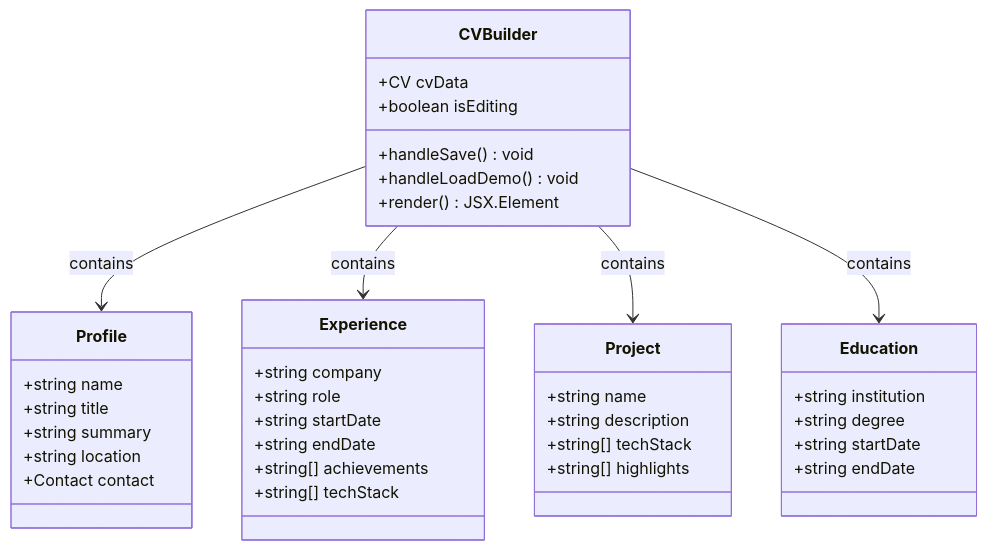
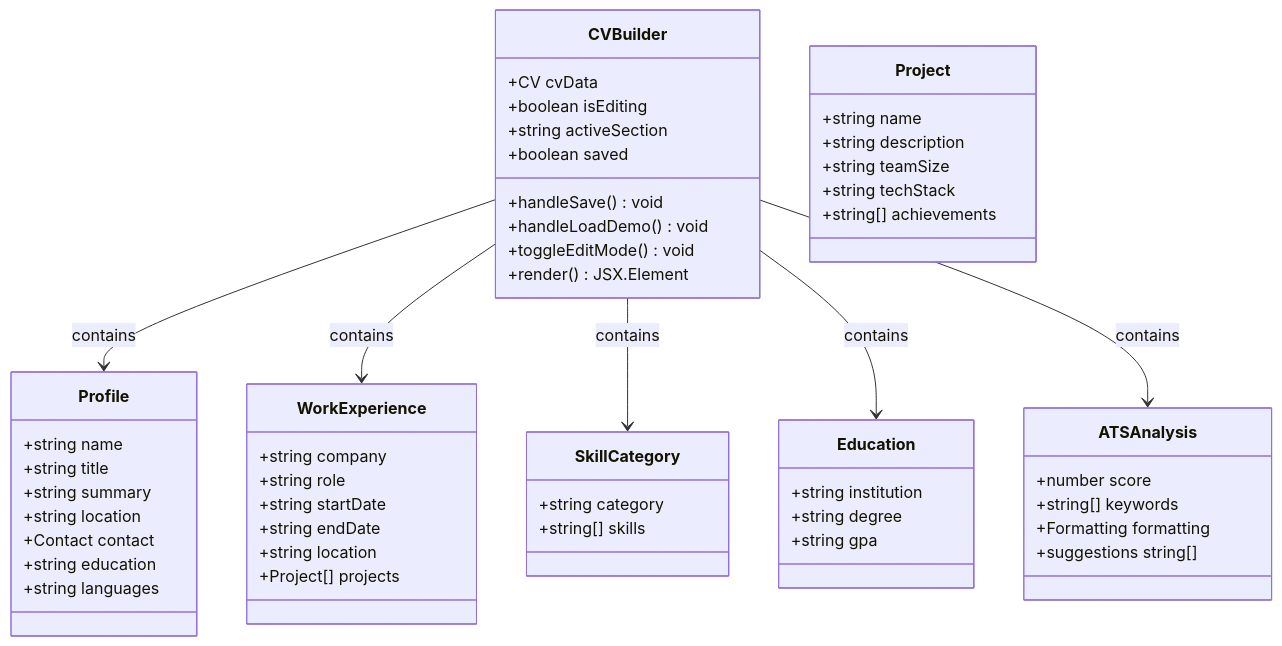
One commit to DoVuDung/cv-portfolio-builder changed the second of 10 diagrams in .qoder/repowiki/en/content/User Interface Components/Standalone CV Builder.md. Above: the diagram before and after it, drawn with Mermaid. The commit also changed other lines of this file and 4 other files, not shown here.

````diff
--- a/.qoder/repowiki/en/content/User Interface Components/Standalone CV Builder.md
+++ b/.qoder/repowiki/en/content/User Interface Components/Standalone CV Builder.md
@@ -98,41 +127,57 @@
 ```mermaid
 classDiagram
 class CVBuilder {
 +CV cvData
 +boolean isEditing
++string activeSection
++boolean saved
 +handleSave() void
 +handleLoadDemo() void
++toggleEditMode() void
 +render() JSX.Element
 }
 class Profile {
 +string name
 +string title
 +string summary
 +string location
 +Contact contact
++string education
++string languages
 }
-class Experience {
+class WorkExperience {
 +string company
 +string role
 +string startDate
 +string endDate
-+string[] achievements
-+string[] techStack
++string location
++Project[] projects
 }
 class Project {
 +string name
 +string description
-+string[] techStack
-+string[] highlights
++string teamSize
++string techStack
++string[] achievements
+}
+class SkillCategory {
++string category
++string[] skills
 }
 class Education {
 +string institution
 +string degree
-+string startDate
-+string endDate
++string gpa
+}
+class ATSAnalysis {
++number score
++string[] keywords
++Formatting formatting
++suggestions string[]
 }
 CVBuilder --> Profile : contains
-CVBuilder --> Experience : contains
-CVBuilder --> Project : contains
+CVBuilder --> WorkExperience : contains
+CVBuilder --> SkillCategory : contains
 CVBuilder --> Education : contains
+CVBuilder --> ATSAnalysis : contains
 ```
````
